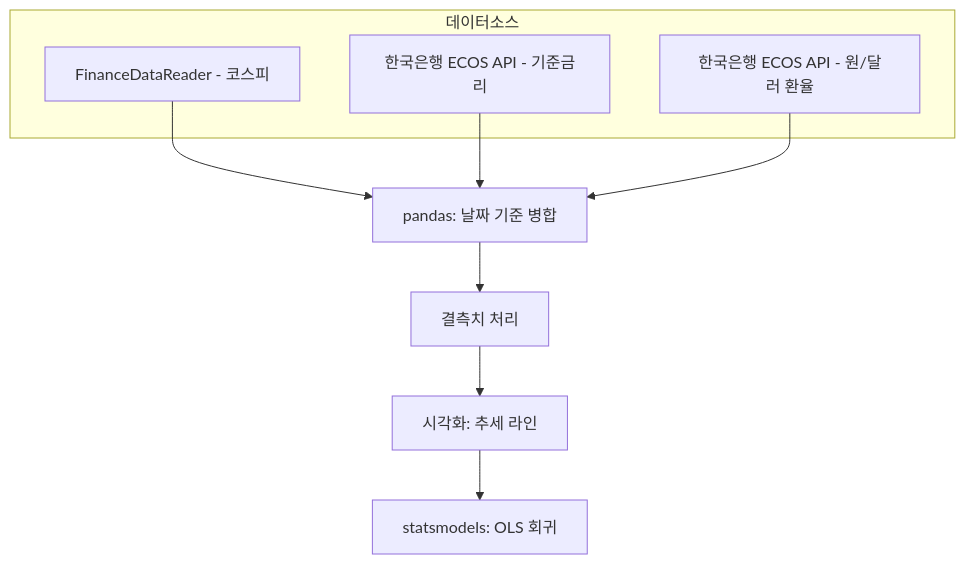
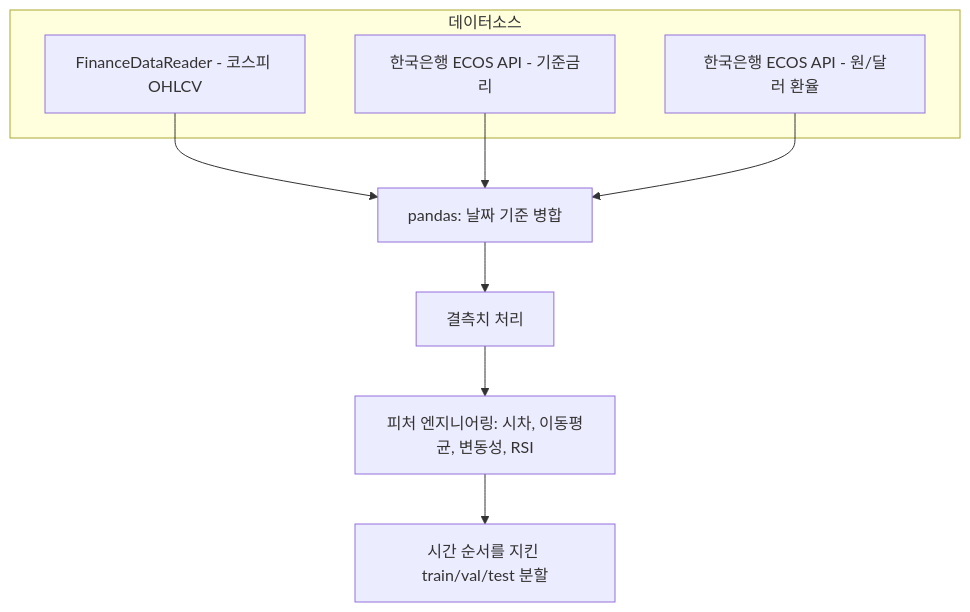
The second of 3 diagrams in README.ko.md (Hyukjennii/kospi-lag-effect-analytics), drawn with Mermaid before and after one commit. The commit also changed other lines of this file and 1 other file, not shown here.

````diff
--- a/README.ko.md
+++ b/README.ko.md
@@ -50,14 +51,14 @@
 ```mermaid
 flowchart TD
     subgraph 데이터소스
-        S1[FinanceDataReader - 코스피]
+        S1[FinanceDataReader - 코스피 OHLCV]
         S2[한국은행 ECOS API - 기준금리]
         S3[한국은행 ECOS API - 원/달러 환율]
     end
     S1 --> M[pandas: 날짜 기준 병합]
     S2 --> M
     S3 --> M
     M --> C[결측치 처리]
-    C --> V[시각화: 추세 라인]
-    V --> R[statsmodels: OLS 회귀]
+    C --> FE[피처 엔지니어링: 시차, 이동평균, 변동성, RSI]
+    FE --> SP[시간 순서를 지킨 train/val/test 분할]
 ```
````
